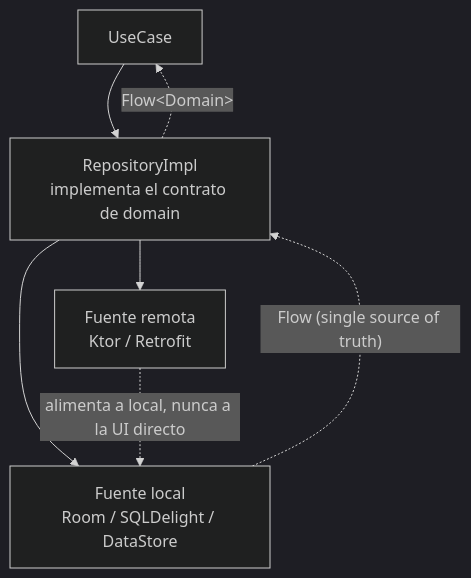
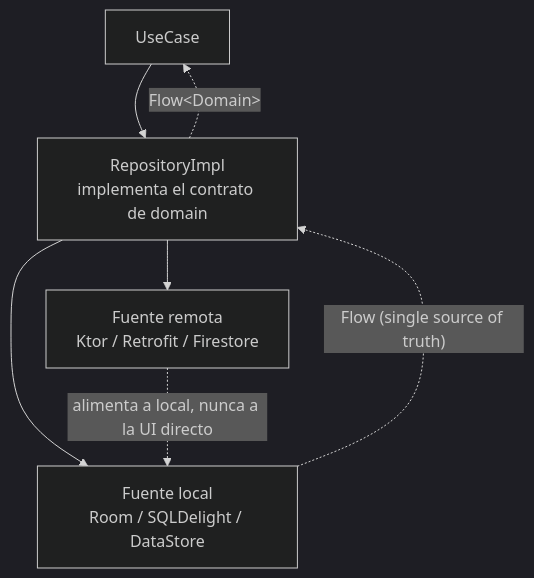
One commit to t1agosa/KMPro changed the diagram in 03_data/repository_impl.md. Above: the diagram before and after it, drawn with Mermaid (dark theme). The commit also changed other lines of this file and 8 other files, not shown here.

````diff
--- a/03_data/repository_impl.md
+++ b/03_data/repository_impl.md
@@ -5,9 +5,9 @@
 ```mermaid
 flowchart TD
     UC["UseCase"] --> REPO["RepositoryImpl<br/>implementa el contrato de domain"]
     REPO --> LOCAL["Fuente local<br/>Room / SQLDelight / DataStore"]
-    REPO --> REMOTE["Fuente remota<br/>Ktor / Retrofit"]
+    REPO --> REMOTE["Fuente remota<br/>Ktor / Retrofit / Firestore"]
     LOCAL -. Flow (single source of truth) .-> REPO
     REMOTE -. alimenta a local, nunca a la UI directo .-> LOCAL
     REPO -. Flow&lt;Domain&gt; .-> UC
 ```
````
